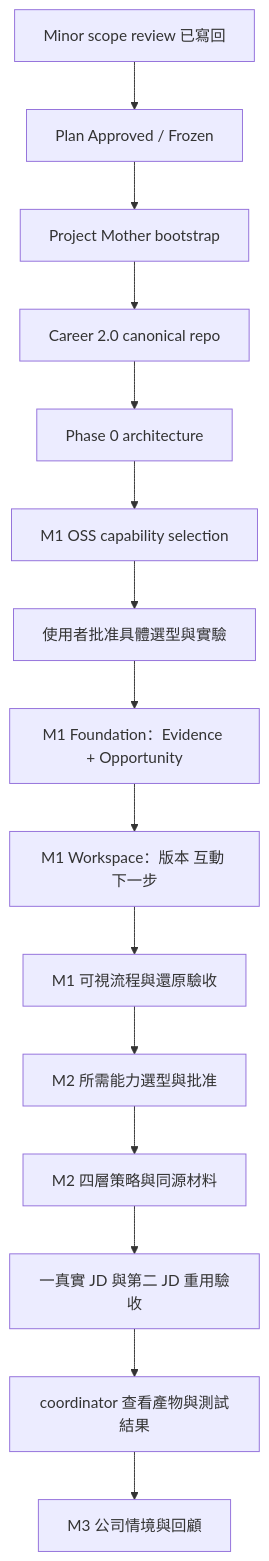
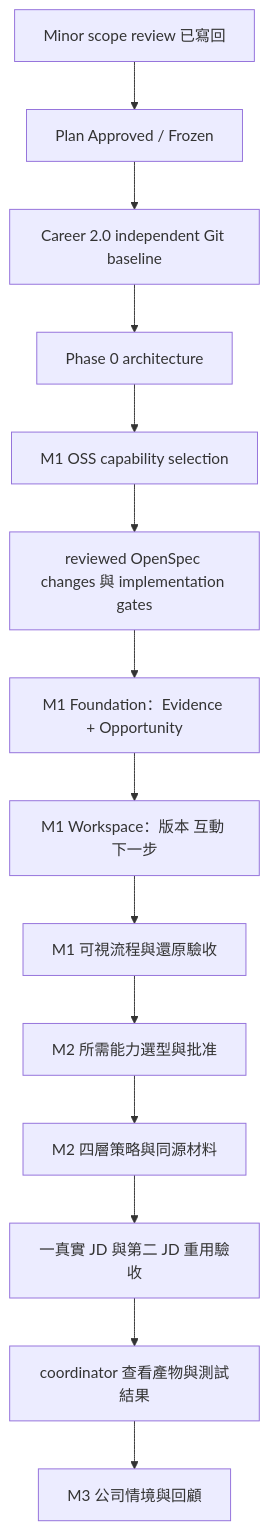
Before and after one commit to christinekao/Career-2.0: the diagram in docs/architecture/diagrams/change-delivery-flow.md, drawn with Mermaid. The commit also changed other lines of this file and 9 other files, not shown here.

````diff
--- a/docs/architecture/diagrams/change-delivery-flow.md
+++ b/docs/architecture/diagrams/change-delivery-flow.md
@@ -5,17 +5,16 @@
 ```mermaid
 flowchart TD
     P[Minor scope review 已寫回] --> U[Plan Approved / Frozen]
-    U --> B[Project Mother bootstrap]
-    B --> R[Career 2.0 canonical repo]
+    U --> R[Career 2.0 independent Git baseline]
     R --> L[Phase 0 architecture]
     L --> C[M1 OSS capability selection]
-    C --> A[使用者批准具體選型與實驗]
+    C --> A[reviewed OpenSpec changes 與 implementation gates]
     A --> F[M1 Foundation：Evidence + Opportunity]
     F --> M1[M1 Workspace：版本 互動 下一步]
     M1 --> V1[M1 可視流程與還原驗收]
     V1 --> A2[M2 所需能力選型與批准]
     A2 --> M2[M2 四層策略與同源材料]
     M2 --> V2[一真實 JD 與第二 JD 重用驗收]
     V2 --> D[coordinator 查看產物與測試結果]
     D --> N[M3 公司情境與回顧]
 ```
````
